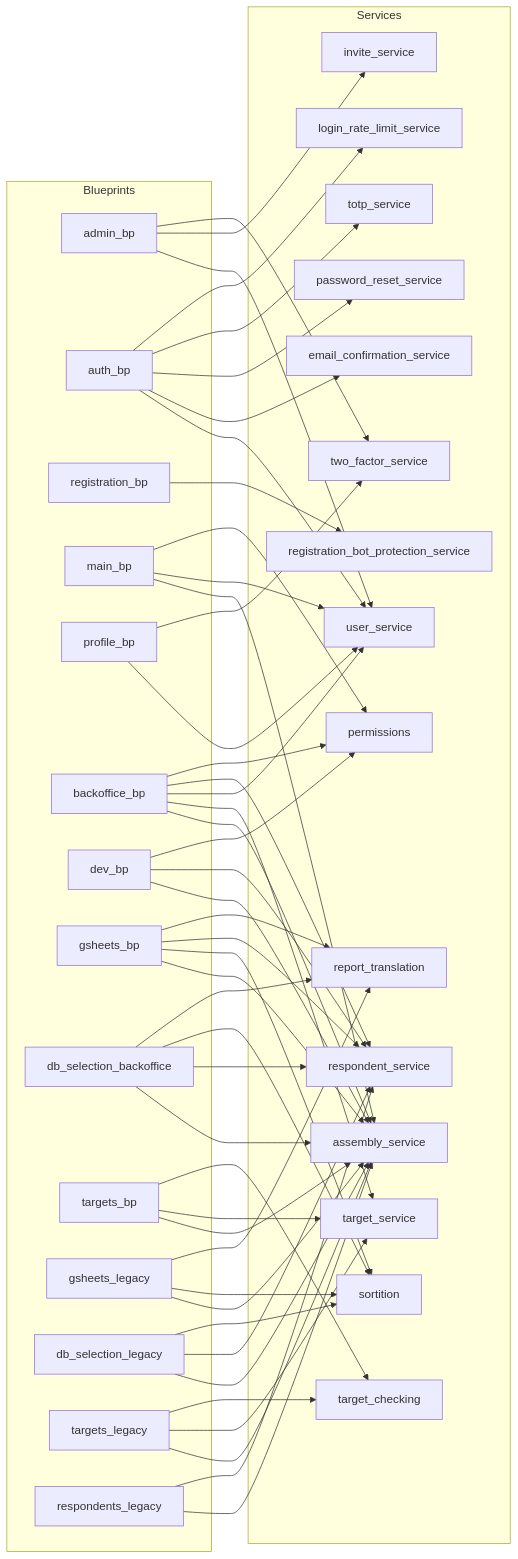
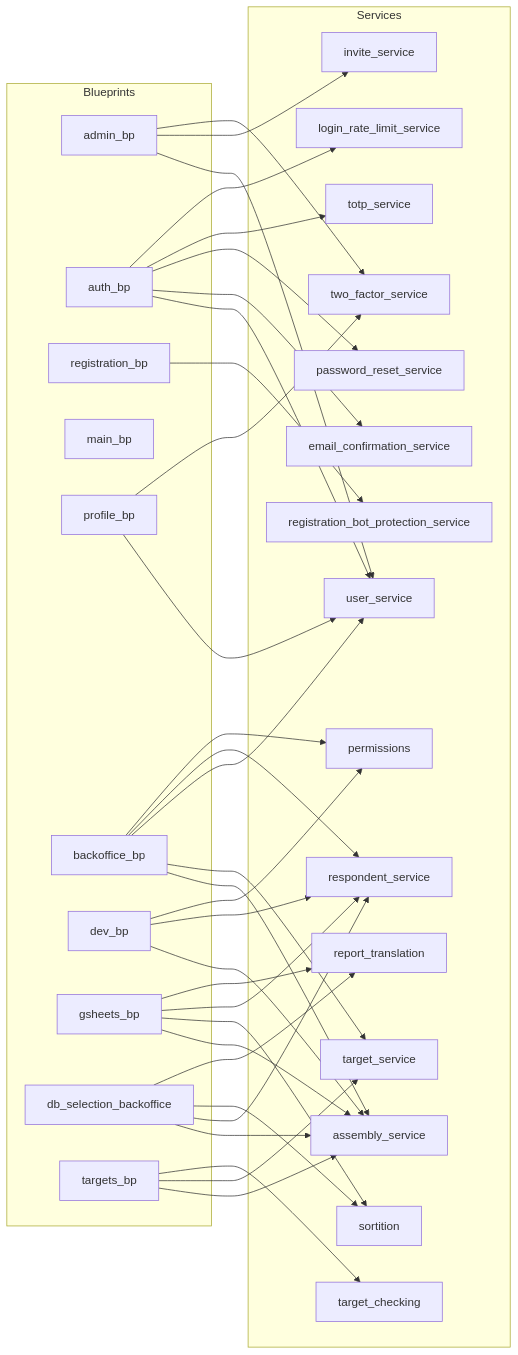
The third of 3 diagrams in backend/docs/architecture.md (sortitionfoundation/opendlp), drawn with Mermaid before and after one commit. The commit also changed other lines of this file and 21 other files, not shown here.

````diff
--- a/backend/docs/architecture.md
+++ b/backend/docs/architecture.md
@@ -405,54 +394,45 @@
 ```mermaid
 flowchart LR
     subgraph BPs["Blueprints"]
         admin_bp
         auth_bp
         registration_bp
         main_bp
         profile_bp
         backoffice_bp
         dev_bp
         gsheets_bp
         db_sel_bo[db_selection_backoffice]
         targets_bp
-        gsheets_legacy_bp[gsheets_legacy]
-        db_sel_legacy[db_selection_legacy]
-        targets_legacy_bp[targets_legacy]
-        respondents_legacy_bp[respondents_legacy]
     end
 
     subgraph Svc["Services"]
         assembly_svc[assembly_service]
         user_svc[user_service]
         respondent_svc[respondent_service]
         sortition_svc[sortition]
         invite_svc[invite_service]
         two_factor_svc[two_factor_service]
         email_confirm_svc[email_confirmation_service]
         password_reset_svc[password_reset_service]
         totp_svc[totp_service]
         login_rate_svc[login_rate_limit_service]
         reg_bot_svc[registration_bot_protection_service]
         permissions_svc[permissions]
         target_check_svc[target_checking]
         target_svc[target_service]
         report_xl[report_translation]
     end
 
     admin_bp --> user_svc & invite_svc & two_factor_svc
     auth_bp --> user_svc & email_confirm_svc & password_reset_svc & totp_svc & login_rate_svc
     registration_bp --> reg_bot_svc
-    main_bp --> assembly_svc & user_svc & permissions_svc
     profile_bp --> user_svc & two_factor_svc
     backoffice_bp --> assembly_svc & target_svc & user_svc & respondent_svc & permissions_svc
     dev_bp --> assembly_svc & respondent_svc & permissions_svc
 
     gsheets_bp --> assembly_svc & sortition_svc & respondent_svc & report_xl
     db_sel_bo --> assembly_svc & respondent_svc & sortition_svc & report_xl
     targets_bp --> assembly_svc & target_svc & target_check_svc
 
-    gsheets_legacy_bp --> assembly_svc & sortition_svc & report_xl
-    db_sel_legacy --> assembly_svc & respondent_svc & sortition_svc
-    targets_legacy_bp --> assembly_svc & target_svc & target_check_svc
-    respondents_legacy_bp --> assembly_svc & respondent_svc
 ```
````
